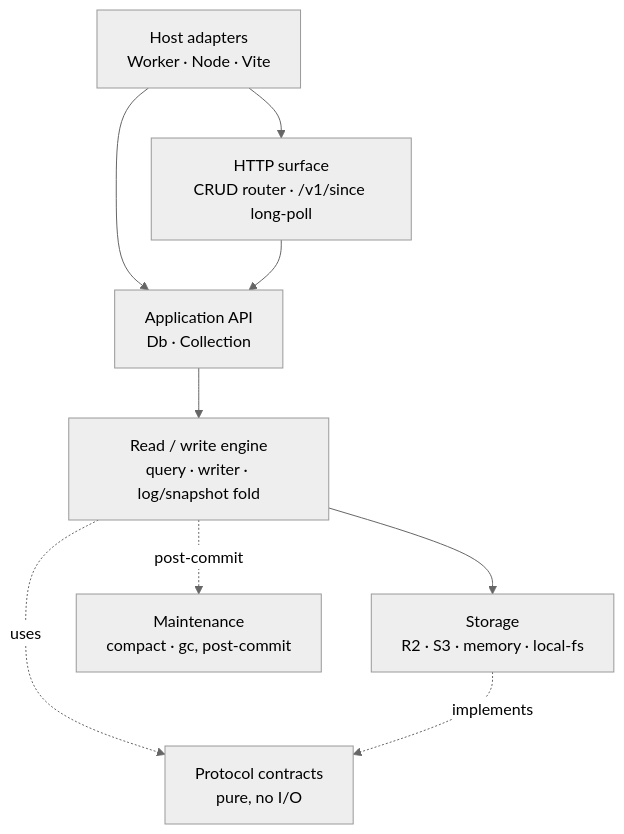
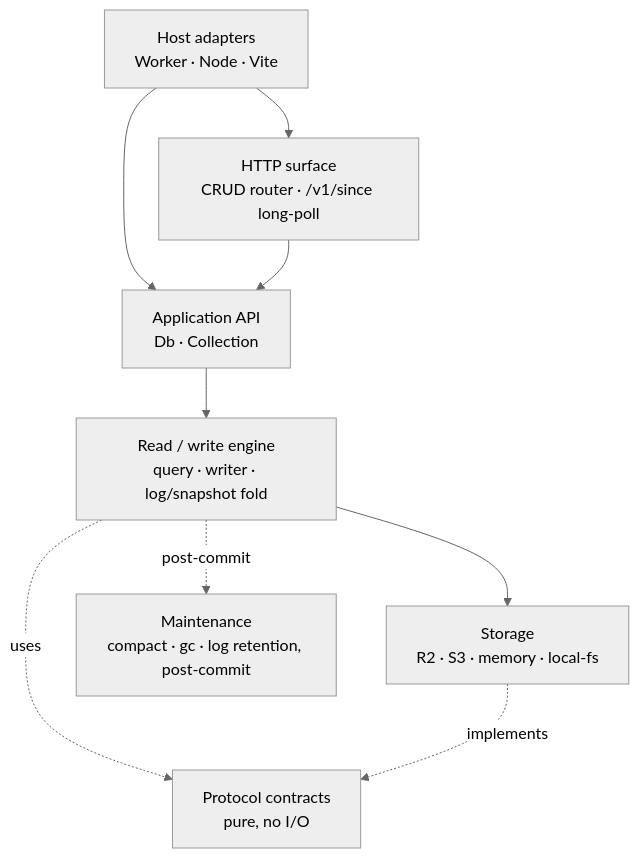
The first of 4 diagrams in docs/architecture.md (Gusto/baerly-storage), drawn with Mermaid (neutral theme) before and after one commit. The commit also changed other lines of this file and 11 other files, not shown here.

````diff
--- a/docs/architecture.md
+++ b/docs/architecture.md
@@ -120,19 +120,19 @@
 ```mermaid
 flowchart TD
     hosts["Host adapters<br/>Worker · Node · Vite"]
     http["HTTP surface<br/>CRUD router · /v1/since long-poll"]
     api["Application API<br/>Db · Collection"]
     engine["Read / write engine<br/>query · writer · log/snapshot fold"]
     storage["Storage<br/>R2 · S3 · memory · local-fs"]
     protocol["Protocol contracts<br/>pure, no I/O"]
-    maintenance["Maintenance<br/>compact · gc, post-commit"]
+    maintenance["Maintenance<br/>compact · gc · log retention, post-commit"]
 
     hosts --> http
     hosts --> api
     http --> api
     api --> engine
     engine --> storage
     engine -. uses .-> protocol
     storage -. implements .-> protocol
     engine -. post-commit .-> maintenance
 ```
````
